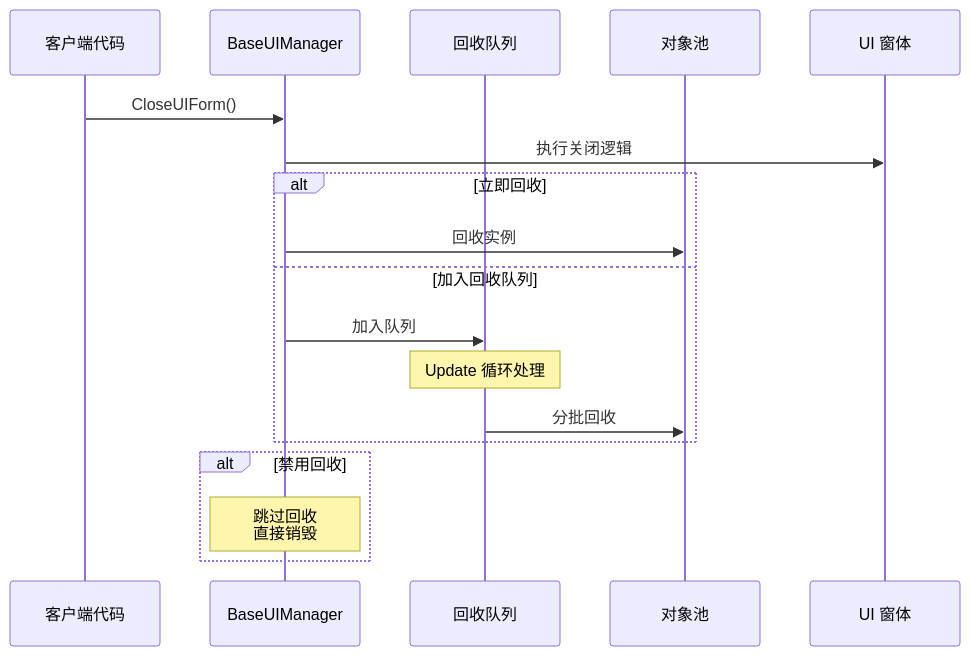
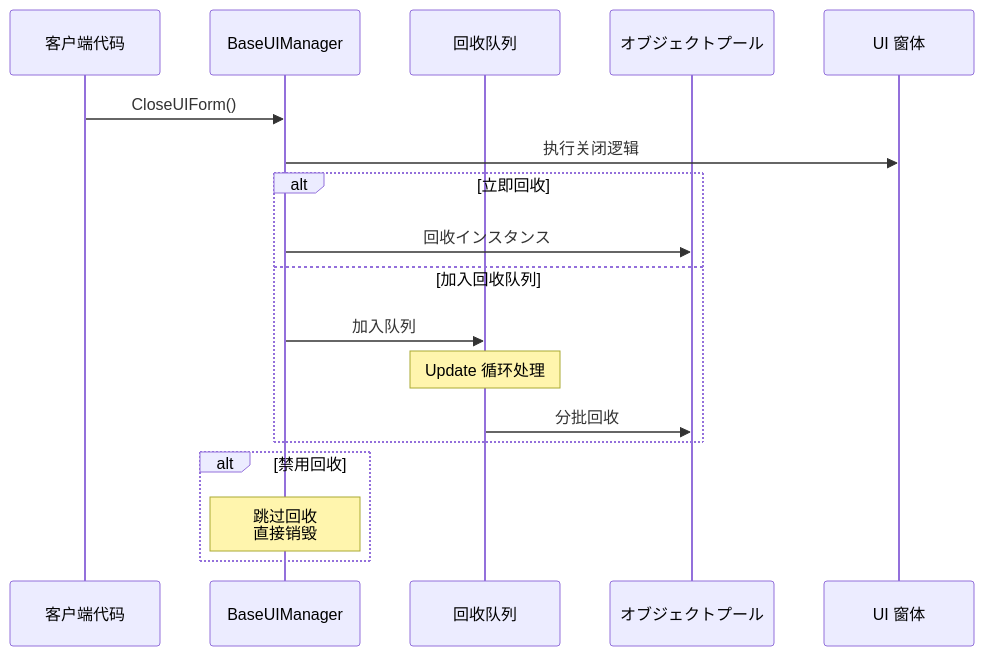
One commit to AlianBlank/GameFrameX.Docs changed the third of 4 diagrams in docs/ja/client/unity/component/ui/09.object-pool.md. Above: the diagram before and after it, drawn with Mermaid. The commit also changed other lines of this file and 603 other files, not shown here.

````diff
--- a/docs/ja/client/unity/component/ui/09.object-pool.md
+++ b/docs/ja/client/unity/component/ui/09.object-pool.md
@@ -111,23 +111,23 @@
 ```mermaid
 sequenceDiagram
     participant Client as 客户端代码
     participant Manager as BaseUIManager
     participant RecycleQ as 回收队列
-    participant Pool as 对象池
+    participant Pool as オブジェクトプール
     participant Form as UI 窗体
 
     Client->>Manager: CloseUIForm()
     Manager->>Form: 执行关闭逻辑
     
     alt 立即回收
-        Manager->>Pool: 回收实例
+        Manager->>Pool: 回收インスタンス
     else 加入回收队列
         Manager->>RecycleQ: 加入队列
         Note over RecycleQ: Update 循环处理
         RecycleQ->>Pool: 分批回收
     end
     
     alt 禁用回收
         Note over Manager: 跳过回收<br/>直接销毁
     end
 ```
````
